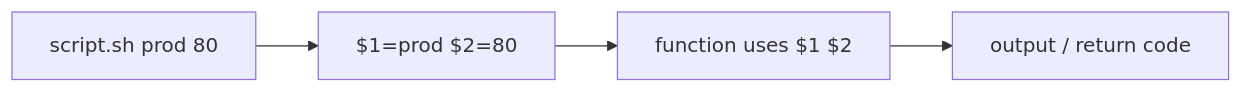
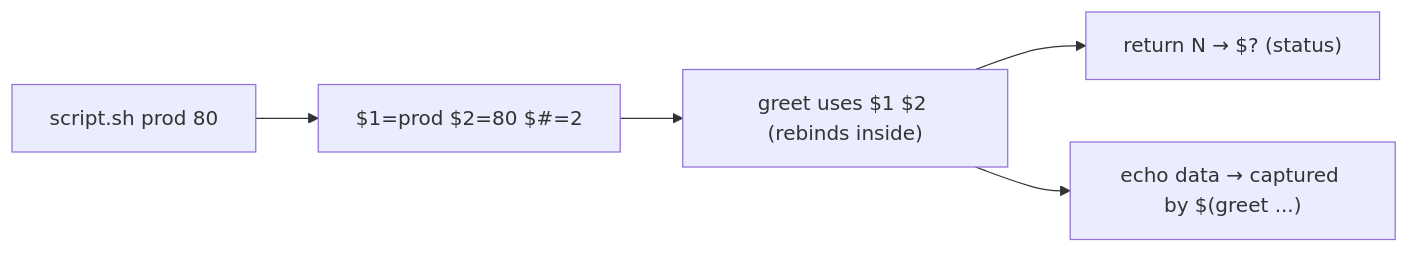
One commit to cloud-prakhar/learning-linux changed the diagram in 10-shell-scripting/functions-and-arguments.md. Above: the diagram before and after it, drawn with Mermaid. The commit also changed other lines of this file and 69 other files, not shown here.

````diff
--- a/10-shell-scripting/functions-and-arguments.md
+++ b/10-shell-scripting/functions-and-arguments.md
@@ -28,6 +33,7 @@
 ```mermaid
 flowchart LR
-    Call["script.sh prod 80"] --> Args["$1=prod  $2=80"]
-    Args --> Fn[function uses $1 $2]
-    Fn --> Result[output / return code]
+    Call["script.sh prod 80"] --> Args["$1=prod  $2=80  $#=2"]
+    Args --> Fn["greet uses $1 $2 (rebinds inside)"]
+    Fn --> Ret["return N → $? (status)"]
+    Fn --> Out["echo data → captured by $(greet ...)"]
 ```
````
